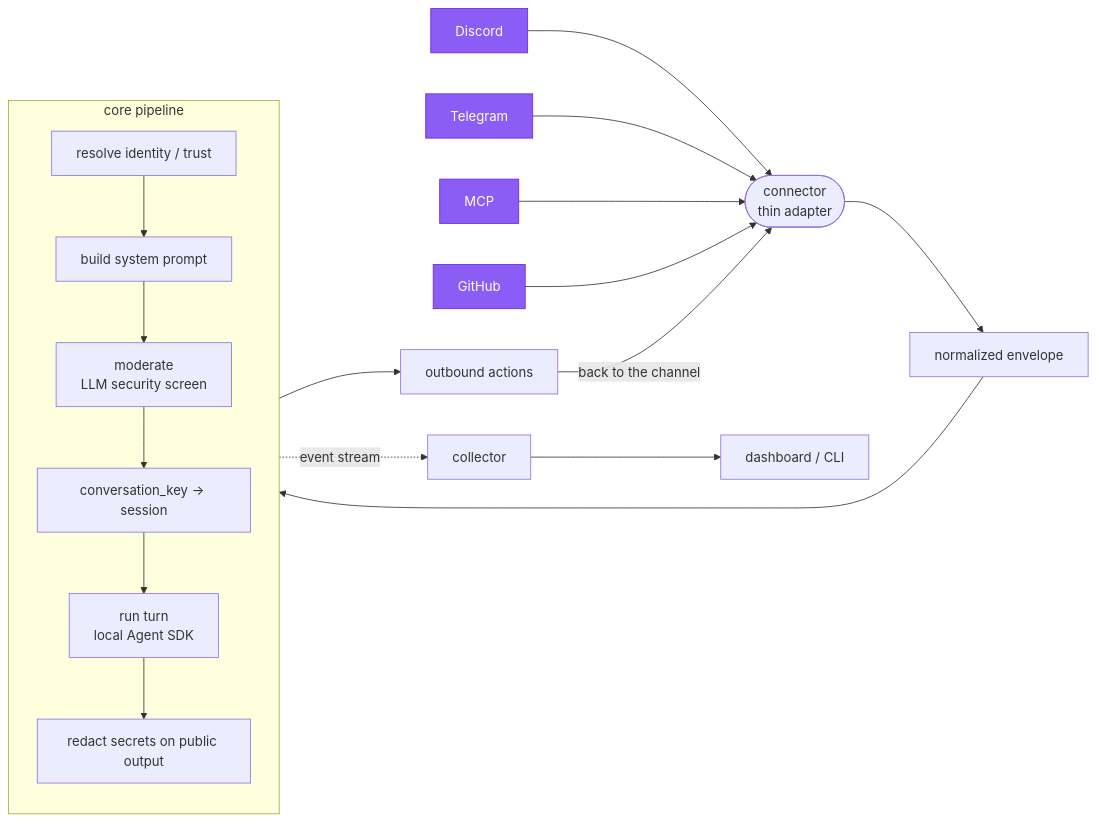
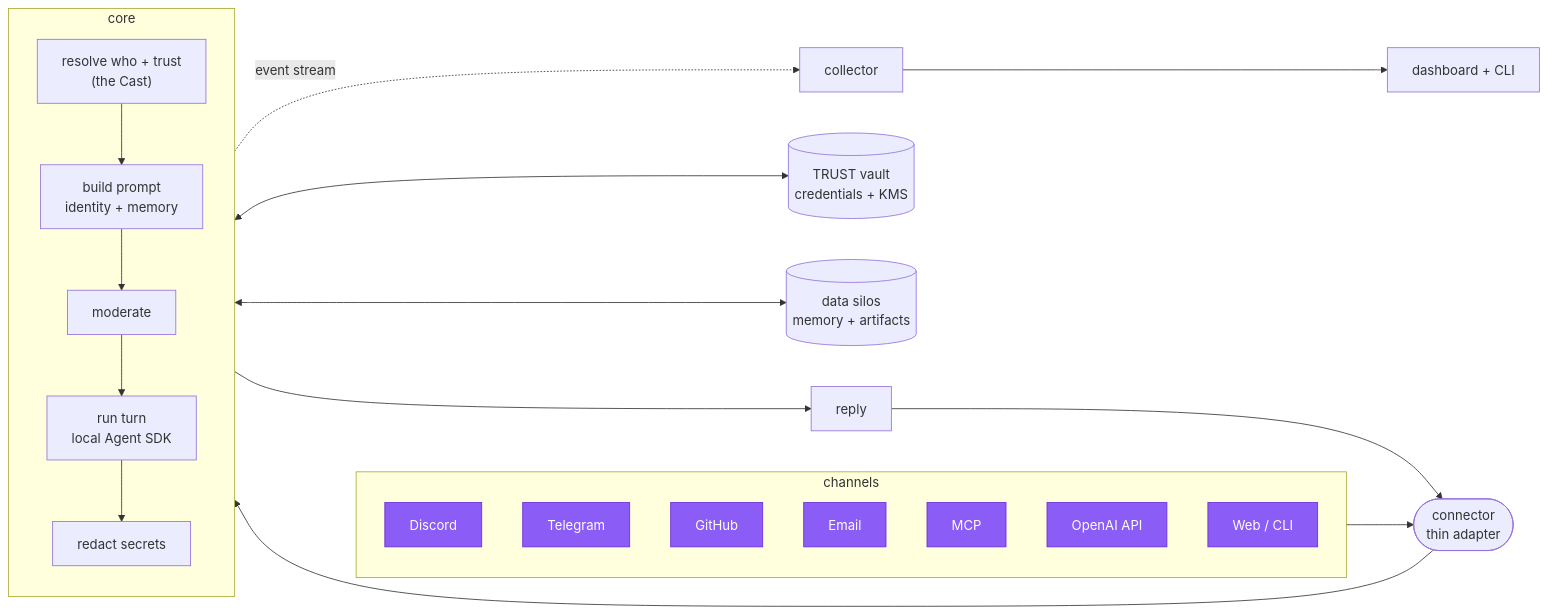
The diagram in README.md (scoutg001/asmltr), drawn with Mermaid before and after one commit. The commit also changed other lines of this file, not shown here.

First line of the commit message:
docs(readme): modernize — reflect the full platform (identity, memory, vault, auth/IdP, backups)

````diff
--- a/README.md
+++ b/README.md
@@ -46,25 +86,28 @@
 ```mermaid
 flowchart LR
-  D[Discord]:::ch --> CONN
-  T[Telegram]:::ch --> CONN
-  M[MCP]:::ch --> CONN
-  G[GitHub]:::ch --> CONN
+  subgraph CH [ channels ]
+    direction TB
+    D[Discord]
+    T[Telegram]
+    G[GitHub]
+    E[Email]
+    M[MCP]
+    O[OpenAI API]
+    W[Web / CLI]
+  end
+  CH --> CONN(["connector<br/>thin adapter"]) --> CORE
 
-  CONN(["connector<br/>thin adapter"]) --> ENV["normalized envelope"]
-  ENV --> CORE
-
-  subgraph CORE [core pipeline]
+  subgraph CORE [ core ]
     direction TB
-    R["resolve identity / trust"] --> SP["build system prompt"]
-    SP --> MOD["moderate<br/>LLM security screen"]
-    MOD --> SESS["conversation_key → session"]
-    SESS --> RUN["run turn<br/>local Agent SDK"]
-    RUN --> RED["redact secrets on public output"]
+    R["resolve who + trust<br/>(the Cast)"] --> SP["build prompt<br/>identity + memory"]
+    SP --> MOD["moderate"] --> RUN["run turn<br/>local Agent SDK"] --> RED["redact secrets"]
   end
 
-  CORE --> OUT["outbound actions"]
-  OUT -->|back to the channel| CONN
-  CORE -. event stream .-> COL["collector"] --> UI["dashboard / CLI"]
+  CORE <--> VAULT[("TRUST vault<br/>credentials + KMS")]
+  CORE <--> SILO[("data silos<br/>memory + artifacts")]
+  CORE -. event stream .-> COL["collector"] --> UI["dashboard + CLI"]
+  CORE --> OUT["reply"] --> CONN
 
   classDef ch fill:#8B5CF6,stroke:#6D28D9,color:#fff;
+  class D,T,G,E,M,O,W ch;
 ```
````
